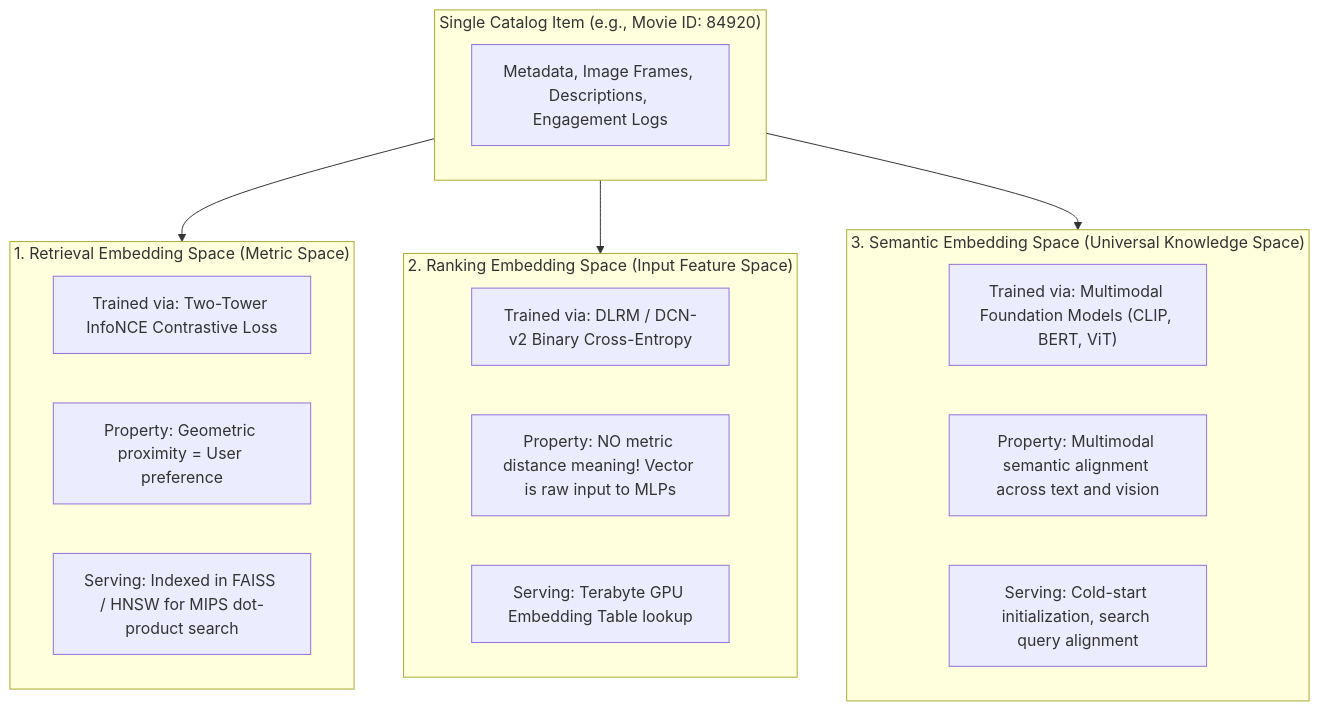
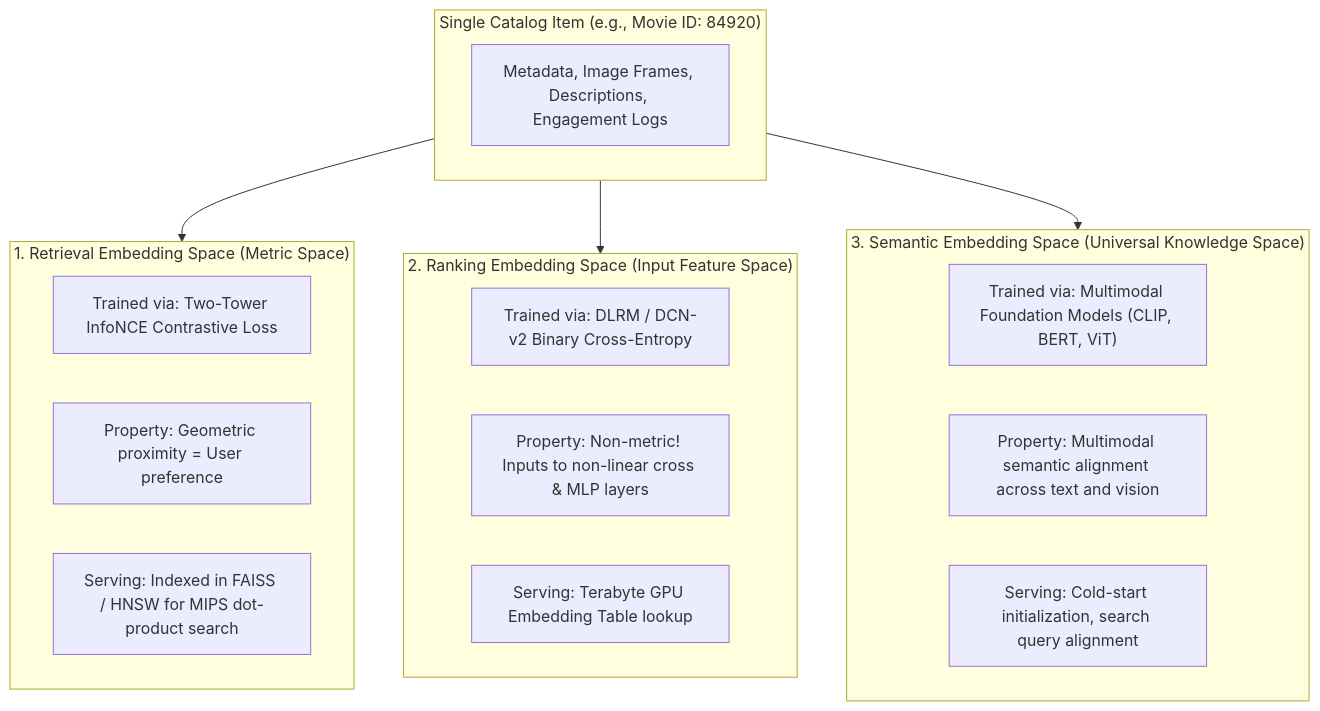
Before and after one commit to jyotipmahes/ML-Interview-Prep: the fifth of 15 diagrams in System_Design/01_Recommendation_Systems/Part_2_Ranking_PreRanking_and_Feature_Engineering.md, drawn with Mermaid. The commit also changed other lines of this file, not shown here.

````diff
--- a/System_Design/01_Recommendation_Systems/Part_2_Ranking_PreRanking_and_Feature_Engineering.md
+++ b/System_Design/01_Recommendation_Systems/Part_2_Ranking_PreRanking_and_Feature_Engineering.md
@@ -244,28 +292,28 @@
 ```mermaid
 flowchart TD
     subgraph RawItem ["Single Catalog Item (e.g., Movie ID: 84920)"]
         ItemData["Metadata, Image Frames, Descriptions, Engagement Logs"]
     end
 
     subgraph Space1 ["1. Retrieval Embedding Space (Metric Space)"]
         T1["Trained via: Two-Tower InfoNCE Contrastive Loss"]
         T2["Property: Geometric proximity = User preference"]
         T3["Serving: Indexed in FAISS / HNSW for MIPS dot-product search"]
     end
 
     subgraph Space2 ["2. Ranking Embedding Space (Input Feature Space)"]
         R1["Trained via: DLRM / DCN-v2 Binary Cross-Entropy"]
-        R2["Property: NO metric distance meaning! Vector is raw input to MLPs"]
+        R2["Property: Non-metric! Inputs to non-linear cross & MLP layers"]
         R3["Serving: Terabyte GPU Embedding Table lookup"]
     end
 
     subgraph Space3 ["3. Semantic Embedding Space (Universal Knowledge Space)"]
         S1["Trained via: Multimodal Foundation Models (CLIP, BERT, ViT)"]
         S2["Property: Multimodal semantic alignment across text and vision"]
         S3["Serving: Cold-start initialization, search query alignment"]
     end
 
     RawItem --> Space1
     RawItem --> Space2
     RawItem --> Space3
 ```
````
